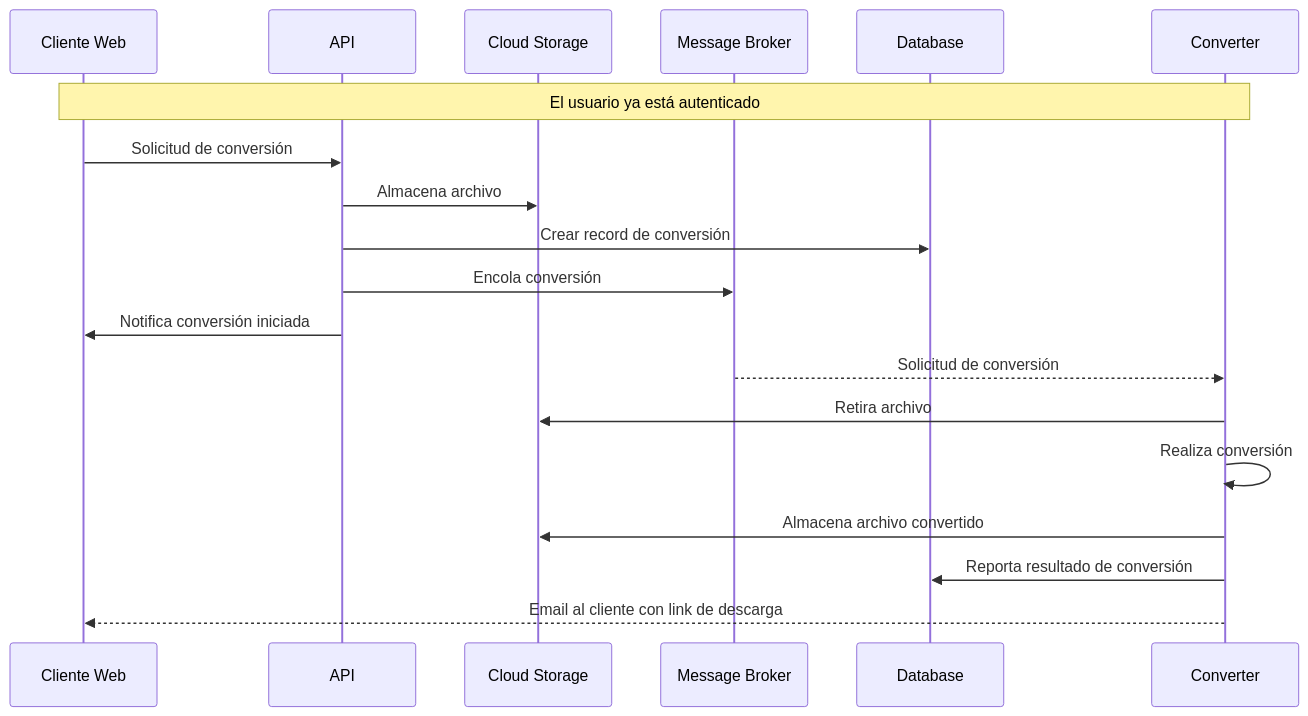
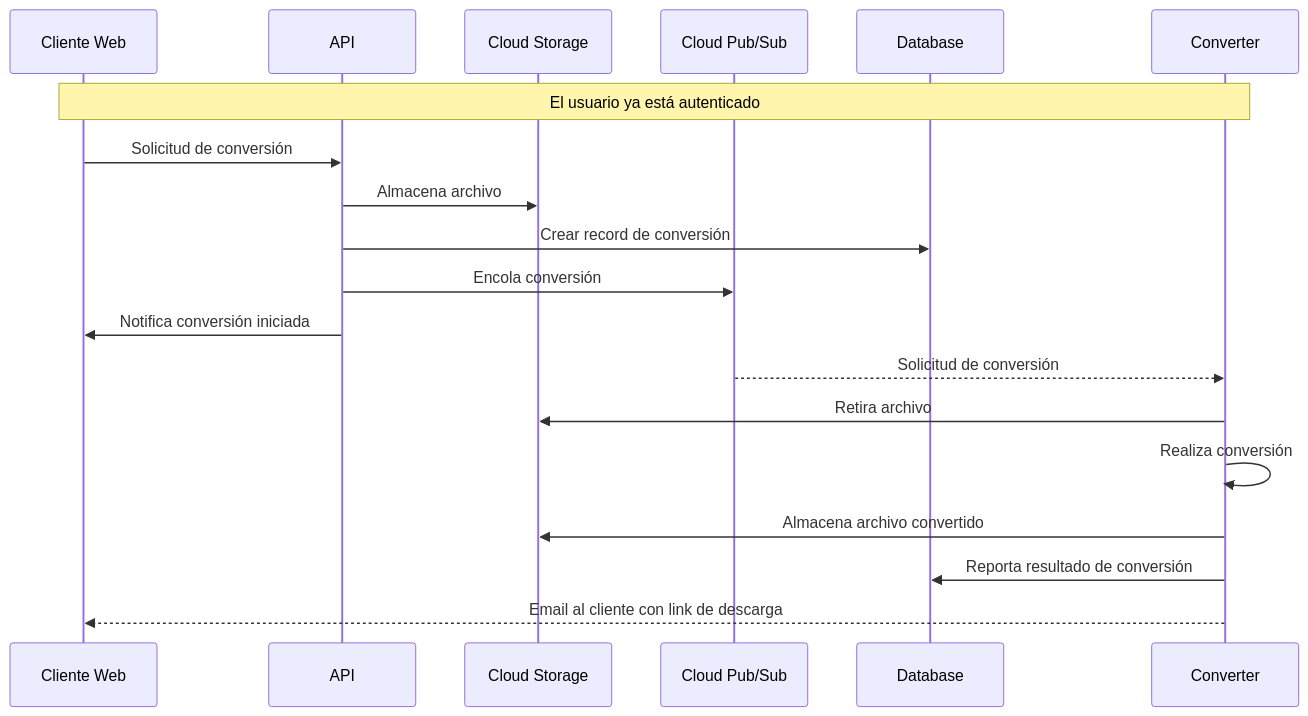
The second of 4 diagrams in README.md (muniter/uni_cloud_convert), drawn with Mermaid before and after one commit. The commit also changed other lines of this file, not shown here.

````diff
--- a/README.md
+++ b/README.md
@@ -124,23 +135,23 @@
 ```mermaid
 sequenceDiagram
   participant cli as Cliente Web
   participant api as API
   participant gcs as Cloud Storage
-  participant mb as Message Broker
+  participant psub as Cloud Pub/Sub
   participant db as Database
   participant co as Converter
 
   Note over cli,co: El usuario ya está autenticado
 
   cli->>api: Solicitud de conversión
   api->>gcs: Almacena archivo
   api->>db: Crear record de conversión
-  api->>mb: Encola conversión
+  api->>psub: Encola conversión
   api->>cli: Notifica conversión iniciada
-  mb-->>co: Solicitud de conversión
+  psub-->>co: Solicitud de conversión
   co->>gcs: Retira archivo
   co->>co: Realiza conversión
   co->>gcs: Almacena archivo convertido
   co->>db: Reporta resultado de conversión
   co-->>cli: Email al cliente con link de descarga
 ```
````
